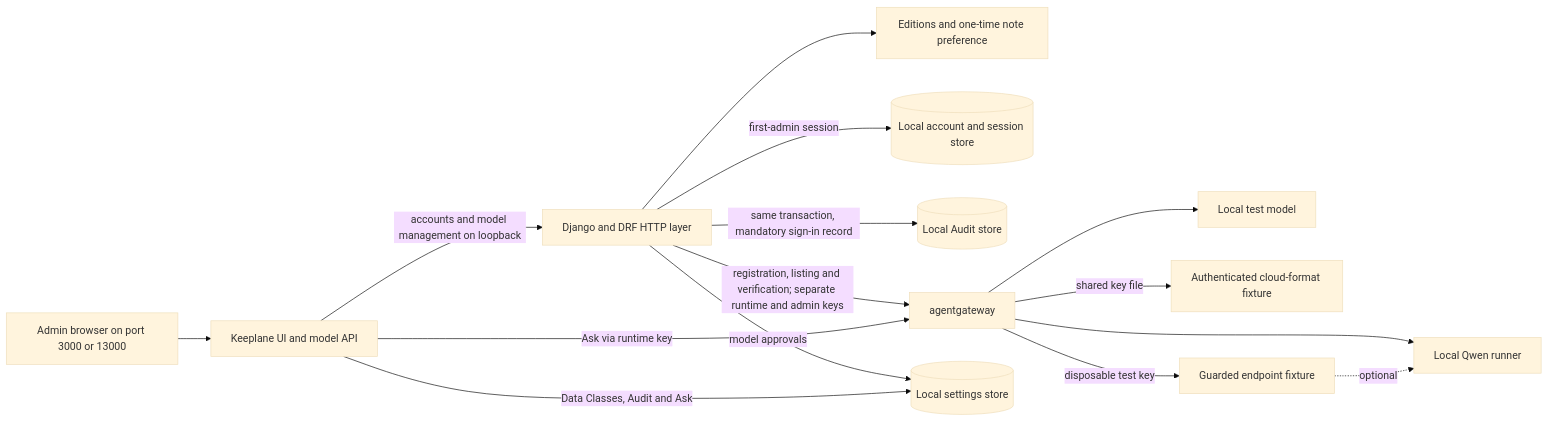
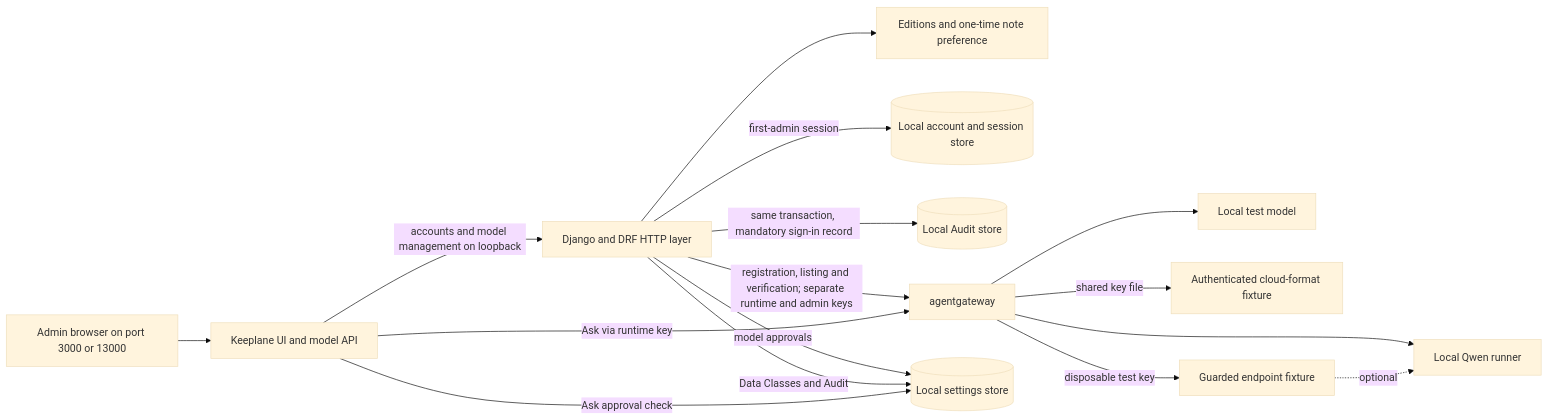
One commit to OsamaFelFel/keeplane changed the diagram in docs/architecture/local-preview.md. Above: the diagram before and after it, drawn with Mermaid (base theme). The commit also changed other lines of this file and 7 other files, not shown here.

Commit message:
feat(control-plane): move data classes and audit APIs into Django

````diff
--- a/docs/architecture/local-preview.md
+++ b/docs/architecture/local-preview.md
@@ -7,17 +7,18 @@
 ```mermaid
 flowchart LR
   Browser[Admin browser on port 3000 or 13000] --> App[Keeplane UI and model API]
   App -->|accounts and model management on loopback| Django[Django and DRF HTTP layer]
   Django --> Editions[Editions and one-time note preference]
   Django -->|first-admin session| Accounts[(Local account and session store)]
   Django -->|same transaction, mandatory sign-in record| Audit[(Local Audit store)]
   Django -->|registration, listing and verification; separate runtime and admin keys| Gateway[agentgateway]
   Django -->|model approvals| Settings[(Local settings store)]
-  App -->|Data Classes, Audit and Ask| Settings
+  Django -->|Data Classes and Audit| Settings
+  App -->|Ask approval check| Settings
   App -->|Ask via runtime key| Gateway
   Gateway --> Fixture[Local test model]
   Gateway --> Qwen[Local Qwen runner]
   Gateway -->|shared key file| Cloud[Authenticated cloud-format fixture]
   Gateway -->|disposable test key| Guarded[Guarded endpoint fixture]
   Guarded -. optional .-> Qwen
 ```
````
